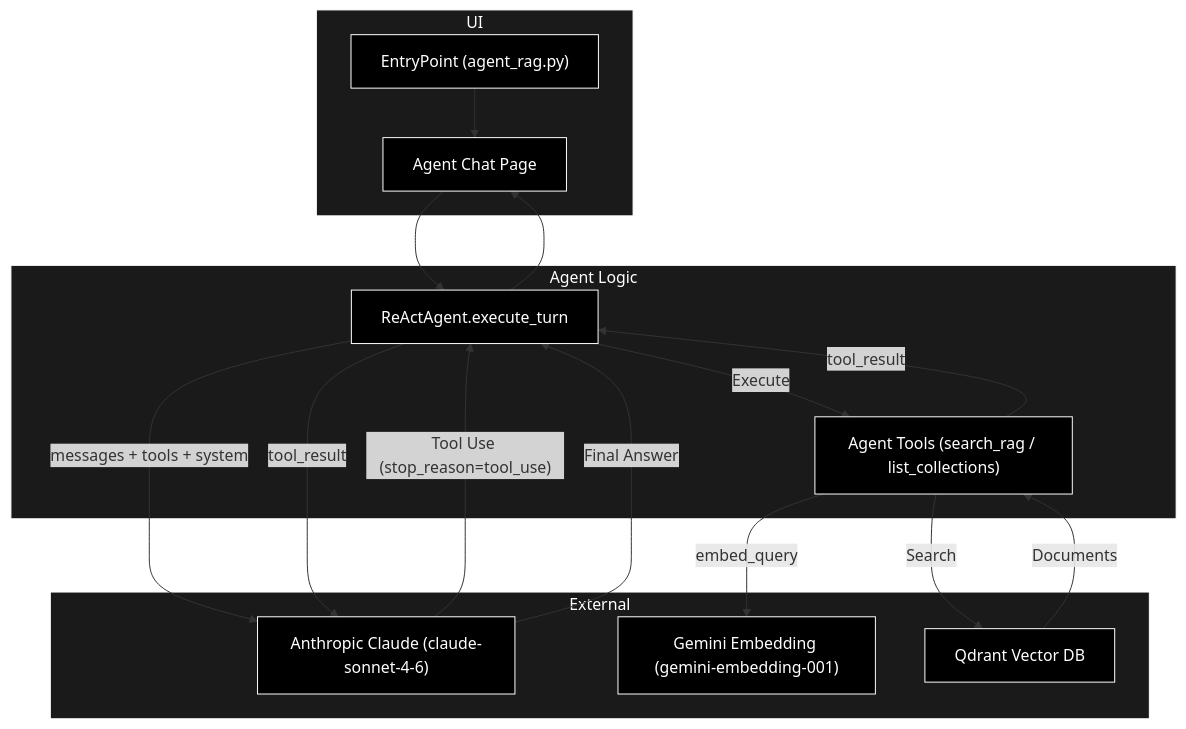
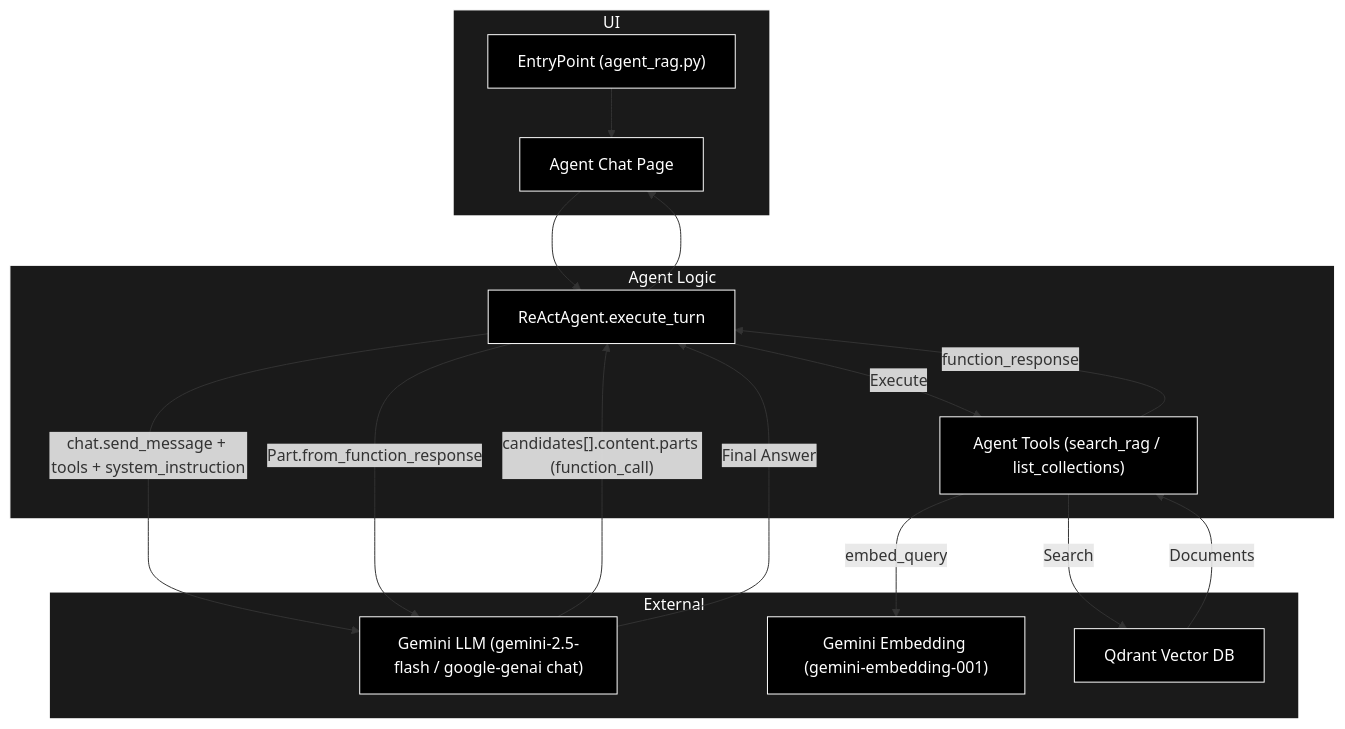
Before and after one commit to nakashima2toshio/anthropic_grace_agent_v2: the third of 10 diagrams in readme_react_reflection.md, drawn with Mermaid. The commit also changed other lines of this file and 9 other files, not shown here.

````diff
--- a/readme_react_reflection.md
+++ b/readme_react_reflection.md
@@ -226,37 +247,37 @@
 ```mermaid
 graph TB
     subgraph UI ["UI"]
         Entry["EntryPoint (agent_rag.py)"]
         AgentUI["Agent Chat Page"]
     end
 
     subgraph AgentLogic ["Agent Logic"]
         ReAct["ReActAgent.execute_turn"]
         Tools["Agent Tools (search_rag / list_collections)"]
     end
 
     subgraph External ["External"]
-        Claude["Anthropic Claude (claude-sonnet-4-6)"]
+        GenAI["Gemini LLM (gemini-2.5-flash / google-genai chat)"]
         Gemini["Gemini Embedding (gemini-embedding-001)"]
         Qdrant["Qdrant Vector DB"]
     end
 
     Entry --> AgentUI
     AgentUI --> ReAct
-    ReAct -- "messages + tools + system" --> Claude
-    Claude -- "Tool Use (stop_reason=tool_use)" --> ReAct
+    ReAct -- "chat.send_message + tools + system_instruction" --> GenAI
+    GenAI -- "candidates[].content.parts (function_call)" --> ReAct
     ReAct -- "Execute" --> Tools
     Tools -- "embed_query" --> Gemini
     Tools -- "Search" --> Qdrant
     Qdrant -- "Documents" --> Tools
-    Tools -- "tool_result" --> ReAct
-    ReAct -- "tool_result" --> Claude
-    Claude -- "Final Answer" --> ReAct
+    Tools -- "function_response" --> ReAct
+    ReAct -- "Part.from_function_response" --> GenAI
+    GenAI -- "Final Answer" --> ReAct
     ReAct --> AgentUI
 classDef default fill:#000,stroke:#fff,color:#fff
 classDef subgraphStyle fill:#1a1a1a,stroke:#fff,color:#fff
-class Entry,AgentUI,ReAct,Tools,Claude,Gemini,Qdrant default
+class Entry,AgentUI,ReAct,Tools,GenAI,Gemini,Qdrant default
 style UI fill:#1a1a1a,stroke:#fff,color:#fff
 style AgentLogic fill:#1a1a1a,stroke:#fff,color:#fff
 style External fill:#1a1a1a,stroke:#fff,color:#fff
 ```
````
